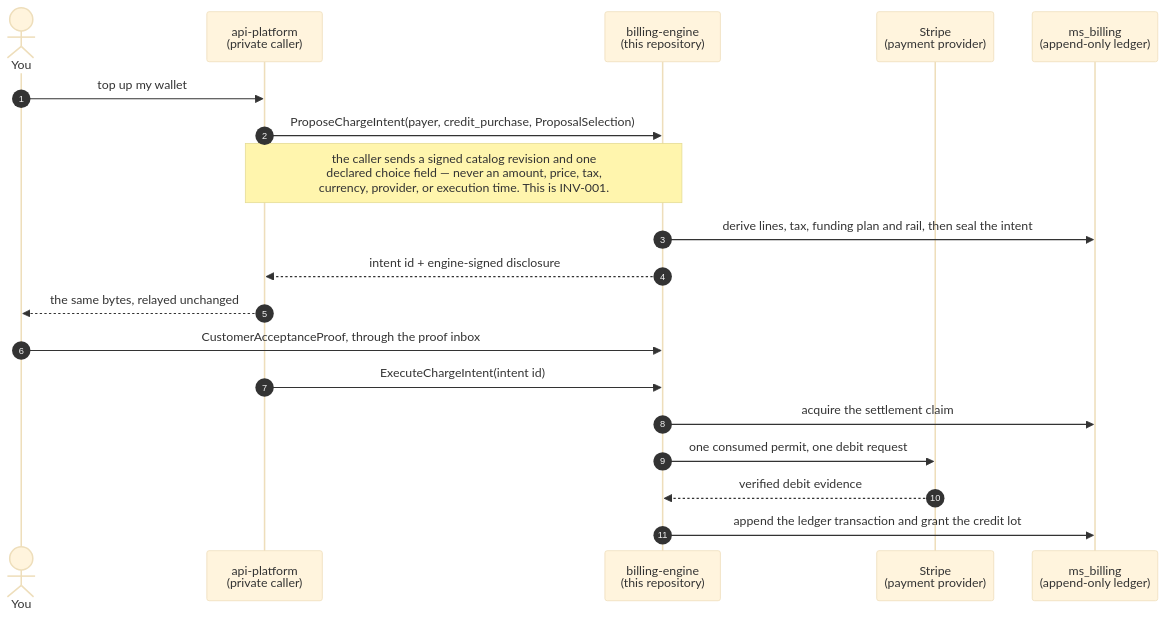
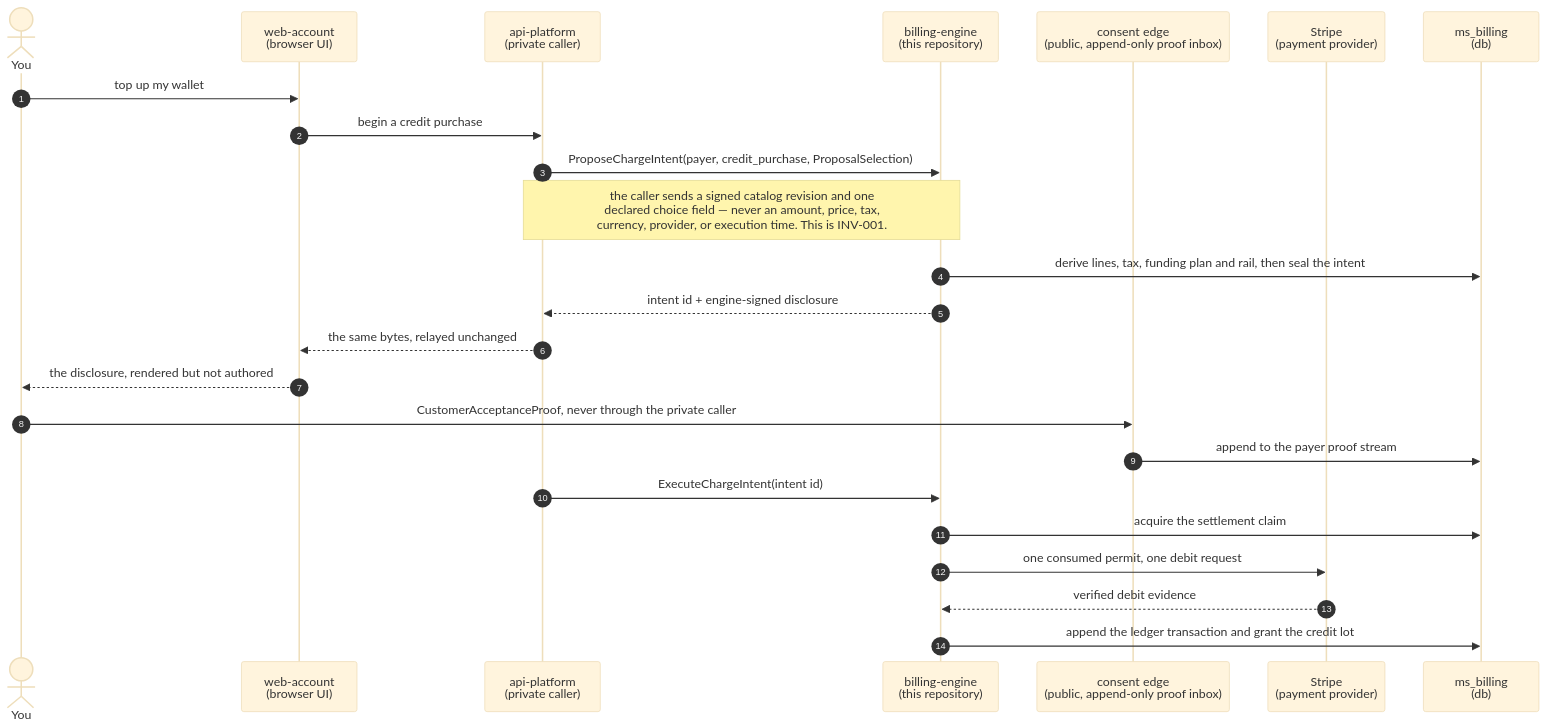
One commit to mirrorstack-ai/billing-engine changed the third of 6 diagrams in README.md. Above: the diagram before and after it, drawn with Mermaid (base theme). The commit also changed other lines of this file and 1 other file, not shown here.

First line of the commit message:
docs: correct the flow diagrams — web-account, the consent edge, ms_billing

````diff
--- a/README.md
+++ b/README.md
@@ -204,24 +220,29 @@
 ```mermaid
 sequenceDiagram
     autonumber
     actor You
+    participant WA as web-account<br/>(browser UI)
     participant AP as api-platform<br/>(private caller)
     participant Engine as billing-engine<br/>(this repository)
+    participant Edge as consent edge<br/>(public, append-only proof inbox)
     participant Stripe as Stripe<br/>(payment provider)
-    participant DB as ms_billing<br/>(append-only ledger)
+    participant DB as ms_billing<br/>(db)
 
-    You->>AP: top up my wallet
+    You->>WA: top up my wallet
+    WA->>AP: begin a credit purchase
     AP->>Engine: ProposeChargeIntent(payer, credit_purchase, ProposalSelection)
 
     Note over AP,Engine: the caller sends a signed catalog revision and one<br/>declared choice field — never an amount, price, tax,<br/>currency, provider, or execution time. This is INV-001.
 
     Engine->>DB: derive lines, tax, funding plan and rail, then seal the intent
     Engine-->>AP: intent id + engine-signed disclosure
-    AP-->>You: the same bytes, relayed unchanged
-    You->>Engine: CustomerAcceptanceProof, through the proof inbox
+    AP-->>WA: the same bytes, relayed unchanged
+    WA-->>You: the disclosure, rendered but not authored
+    You->>Edge: CustomerAcceptanceProof, never through the private caller
+    Edge->>DB: append to the payer proof stream
     AP->>Engine: ExecuteChargeIntent(intent id)
     Engine->>DB: acquire the settlement claim
     Engine->>Stripe: one consumed permit, one debit request
     Stripe-->>Engine: verified debit evidence
     Engine->>DB: append the ledger transaction and grant the credit lot
 ```
````
